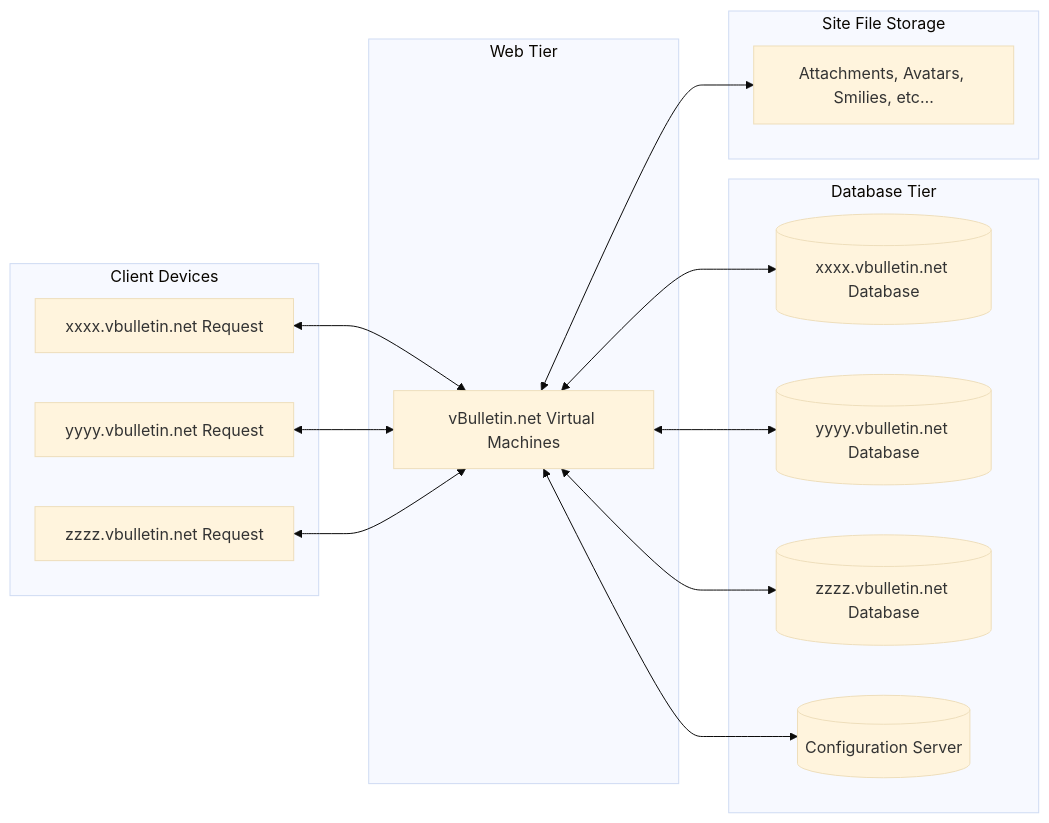
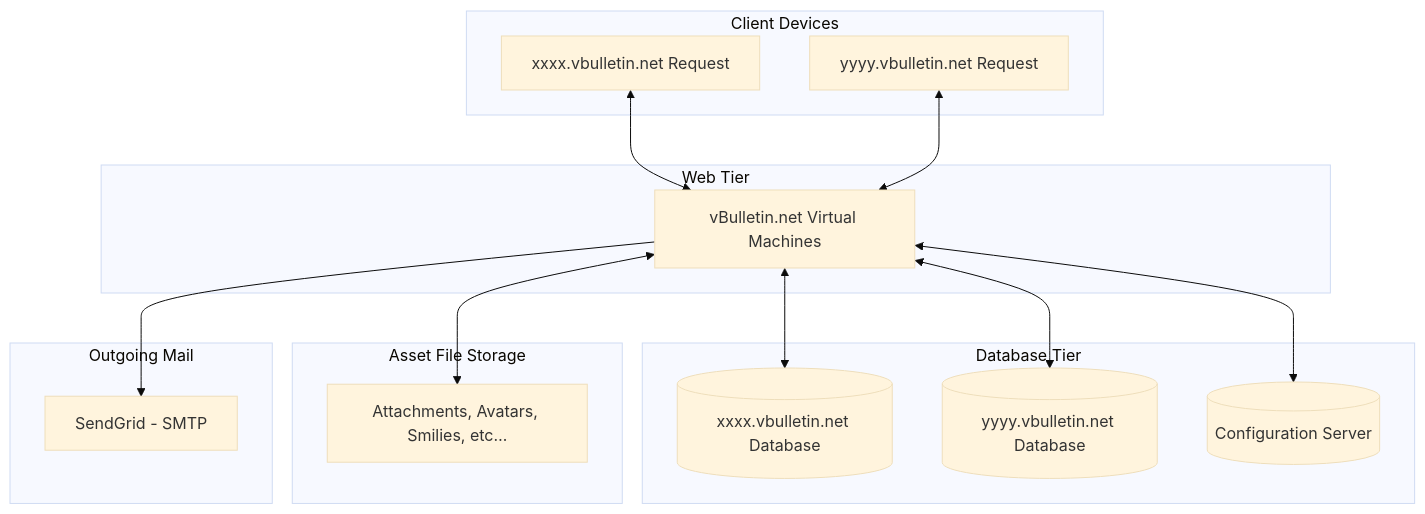
Before and after one commit to wayneluke/vBulletin_Support: the first of 2 diagrams in Tech_Support/Cloud Support/vBulletin Cloud Infrastructure.md, drawn with Mermaid (base theme). The commit also changed 1 other file, not shown here.

Commit message:
task: Add Sendgrid to Cloud Architecture.

````diff
--- a/Tech_Support/Cloud Support/vBulletin Cloud Infrastructure.md
+++ b/Tech_Support/Cloud Support/vBulletin Cloud Infrastructure.md
@@ -15,29 +15,30 @@
 ```mermaid
 ---
 config:
   layout: dagre
 ---
-flowchart LR
+flowchart TD
  subgraph subGraph0["Client Devices"]
         A1["xxxx.vbulletin.net Request"]
         A2["yyyy.vbulletin.net Request"]
-        A3["zzzz.vbulletin.net Request"]
   end
  subgraph subGraph1["Web Tier"]
         WA["vBulletin.net Virtual Machines"]
 
   end
  subgraph subGraph2["Database Tier"]
         DB1[("xxxx.vbulletin.net Database")]
         DB2[("yyyy.vbulletin.net Database")]
-        DBN[("zzzz.vbulletin.net Database")]
         CN[(Configuration Server)]
   end
- subgraph s1["Site File Storage"]
+ subgraph s1["Asset File Storage"]
         FS["Attachments, Avatars, Smilies, etc…"]
+  end
+ subgraph s3["Outgoing Mail"]
+        SG["SendGrid - SMTP"]
   end
     A1 <--> WA
     A2 <--> WA
-    A3 <--> WA
-    WA <--> CN & DB1 & DB2 & DBN & FS
+    WA --> SG
+    WA <--> CN & DB1 & DB2 & FS
 ```
````
